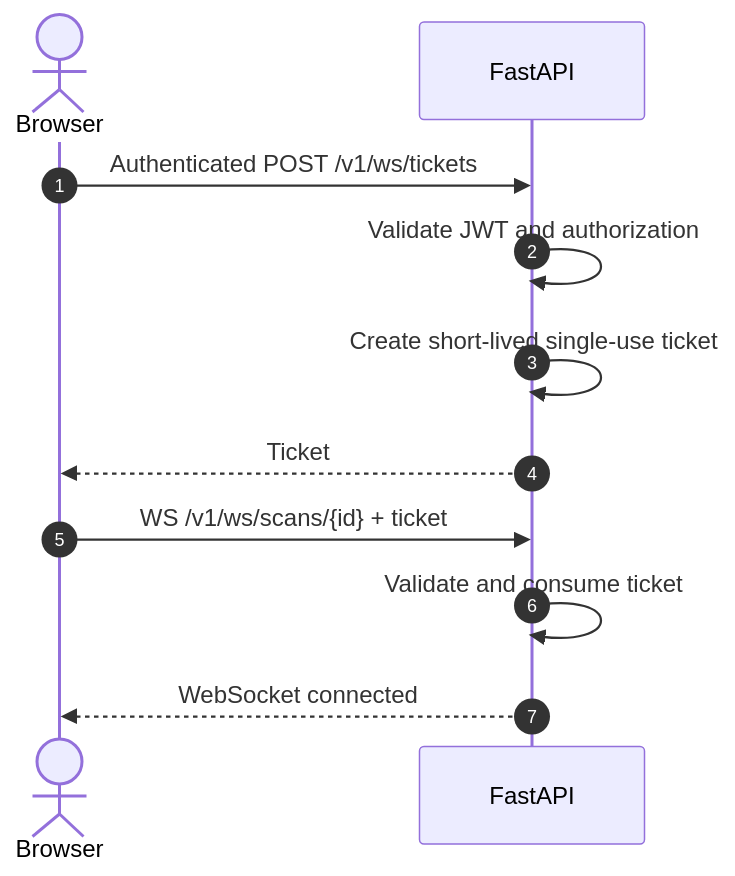
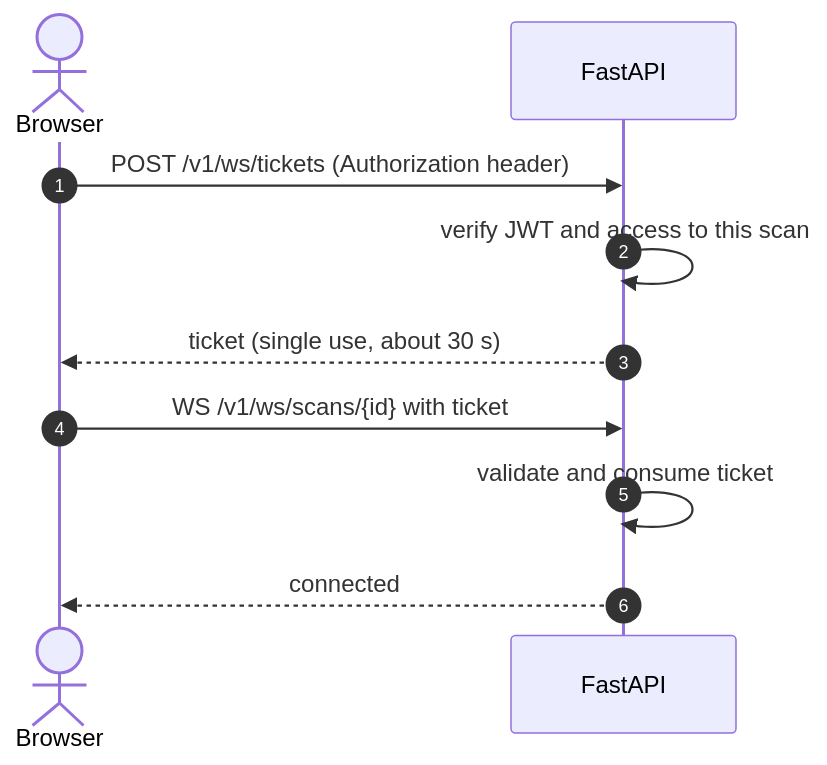
One commit to Atri-0342/intern-training changed the fifth of 5 diagrams in docs/architecture.md. Above: the diagram before and after it, drawn with Mermaid. The commit also changed other lines of this file and 6 other files, not shown here.

````diff
--- a/docs/architecture.md
+++ b/docs/architecture.md
@@ -823,16 +219,13 @@
 ```mermaid
 sequenceDiagram
     autonumber
-
     actor B as Browser
     participant A as FastAPI
 
-    B->>A: Authenticated POST /v1/ws/tickets
-    A->>A: Validate JWT and authorization
-    A->>A: Create short-lived single-use ticket
-    A-->>B: Ticket
-
-    B->>A: WS /v1/ws/scans/{id} + ticket
-    A->>A: Validate and consume ticket
-    A-->>B: WebSocket connected
+    B->>A: POST /v1/ws/tickets (Authorization header)
+    A->>A: verify JWT and access to this scan
+    A-->>B: ticket (single use, about 30 s)
+    B->>A: WS /v1/ws/scans/{id} with ticket
+    A->>A: validate and consume ticket
+    A-->>B: connected
 ```
````
